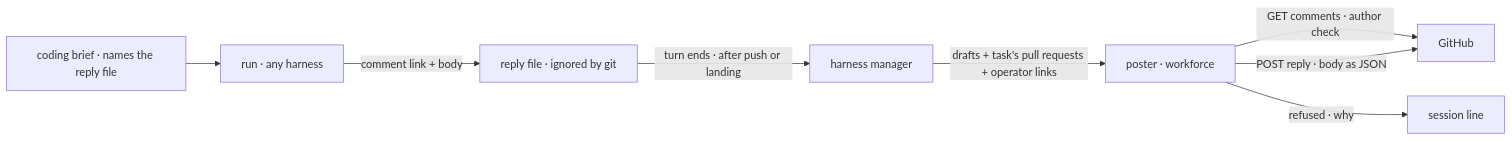
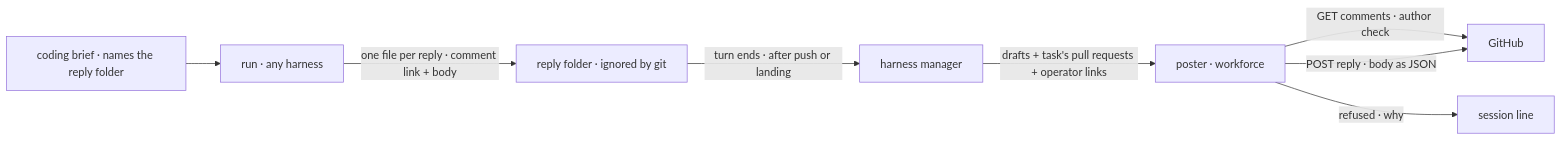
The second of 2 diagrams in specs/issues/FIX-2831/SPEC.md (fixpoint-labs/flow-state-dev), drawn with Mermaid before and after one commit. The commit also changed other lines of this file and 1 other file, not shown here.

````diff
--- a/specs/issues/FIX-2831/SPEC.md
+++ b/specs/issues/FIX-2831/SPEC.md
@@ -83,10 +84,10 @@
 ```mermaid
 flowchart LR
-  B["coding brief · names the reply file"] --> R["run · any harness"]
-  R -->|"comment link + body"| F["reply file · ignored by git"]
+  B["coding brief · names the reply folder"] --> R["run · any harness"]
+  R -->|"one file per reply · comment link + body"| F["reply folder · ignored by git"]
   F -->|"turn ends · after push or landing"| M["harness manager"]
   M -->|"drafts + task's pull requests + operator links"| P["poster · workforce"]
   P -->|"GET comments · author check"| GH["GitHub"]
   P -->|"POST reply · body as JSON"| GH
   P -->|"refused · why"| S["session line"]
 ```
````
